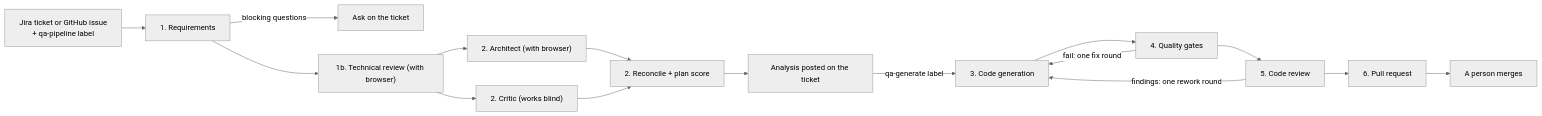
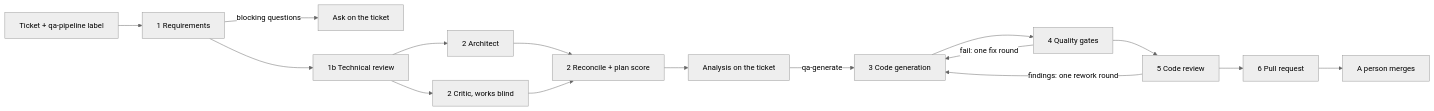
Before and after one commit to Beherrit/agentic-qa-playwright: the diagram in README.md, drawn with Mermaid (neutral theme). The commit also changed other lines of this file and 13 other files, not shown here.

````diff
--- a/README.md
+++ b/README.md
@@ -13,18 +15,18 @@
 ```mermaid
 flowchart LR
-  J["Jira ticket or GitHub issue<br>+ qa-pipeline label"] --> R["1. Requirements"]
+  J["Ticket + qa-pipeline label"] --> R["1 Requirements"]
   R -->|blocking questions| Q["Ask on the ticket"]
-  R --> X["1b. Technical review (with browser)"]
-  X --> A["2. Architect (with browser)"]
-  X --> C["2. Critic (works blind)"]
-  A --> M["2. Reconcile + plan score"]
+  R --> X["1b Technical review"]
+  X --> A["2 Architect"]
+  X --> C["2 Critic, works blind"]
+  A --> M["2 Reconcile + plan score"]
   C --> M
-  M --> N["Analysis posted on the ticket"]
-  N -->|"qa-generate label"| G["3. Code generation"]
-  G --> T["4. Quality gates"]
+  M --> N["Analysis on the ticket"]
+  N -->|qa-generate| G["3 Code generation"]
+  G --> T["4 Quality gates"]
   T -->|"fail: one fix round"| G
-  T --> V["5. Code review"]
+  T --> V["5 Code review"]
   V -->|"findings: one rework round"| G
-  V --> P["6. Pull request"]
+  V --> P["6 Pull request"]
   P --> H["A person merges"]
 ```
````
